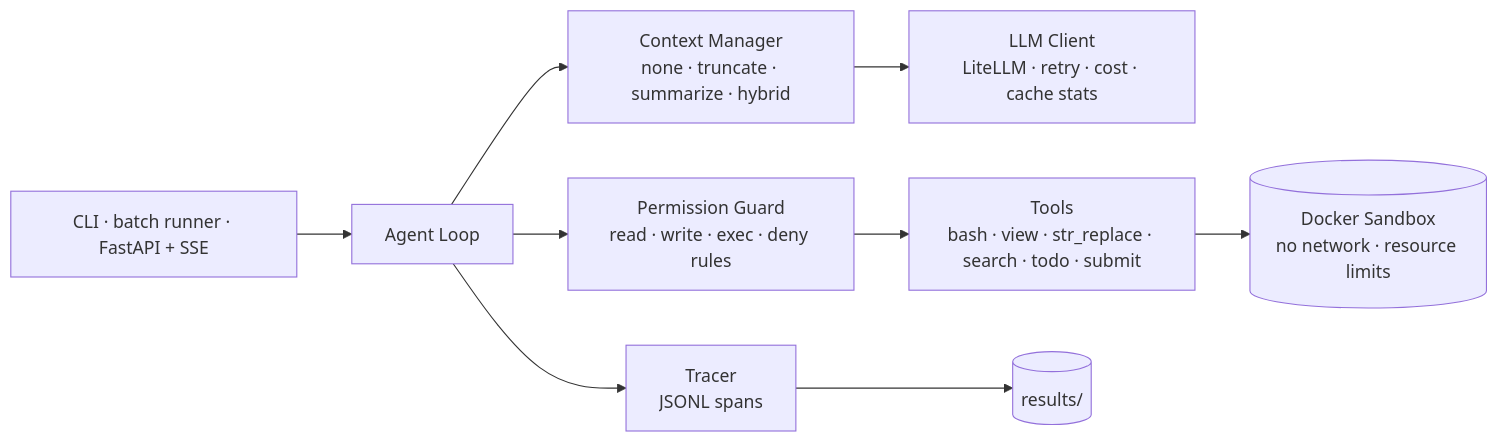
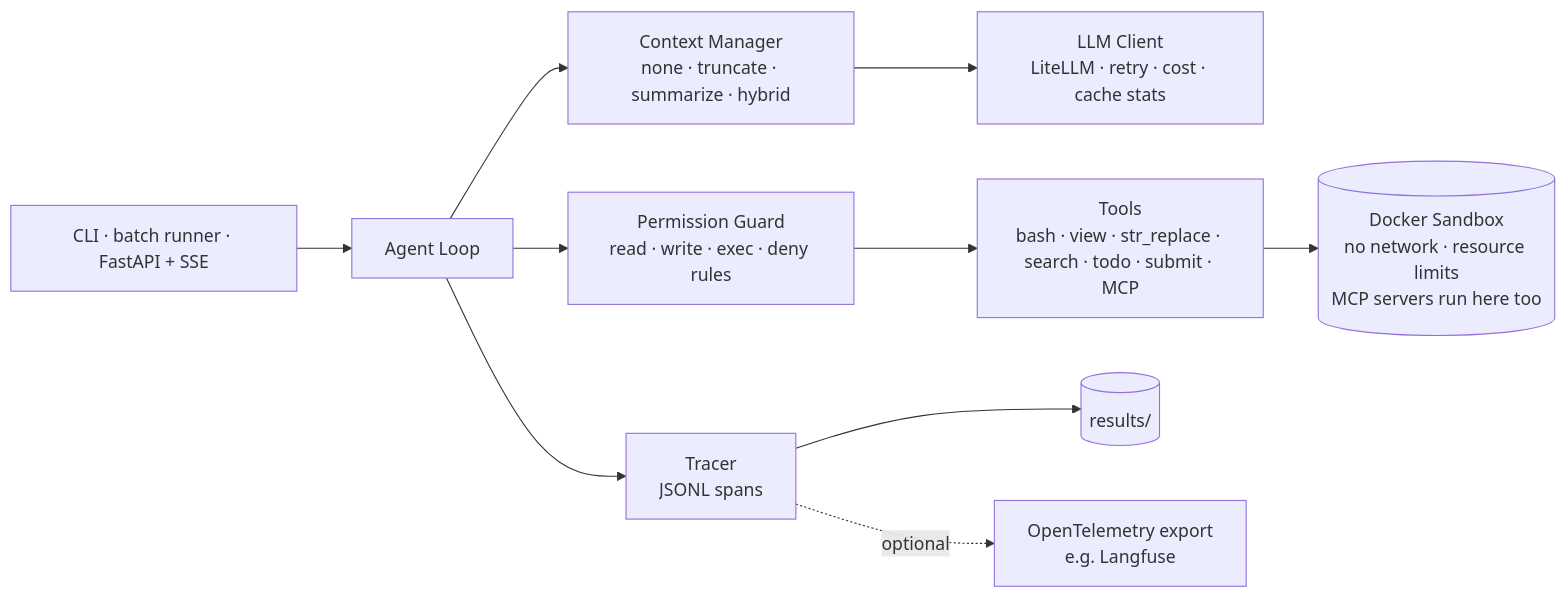
One commit to Yuhehe/harness_demo changed the diagram in README.md. Above: the diagram before and after it, drawn with Mermaid. The commit also changed other lines of this file and 2 other files, not shown here.

First line of the commit message:
docs(readme): Langfuse screenshot, MCP and trace export in the architecture

````diff
--- a/README.md
+++ b/README.md
@@ -33,11 +33,12 @@
 ```mermaid
 flowchart LR
     U[CLI · batch runner · FastAPI + SSE] --> L[Agent Loop]
     L --> CM[Context Manager<br/>none · truncate · summarize · hybrid]
     CM --> LLM[LLM Client<br/>LiteLLM · retry · cost · cache stats]
     L --> G[Permission Guard<br/>read · write · exec · deny rules]
-    G --> T[Tools<br/>bash · view · str_replace · search · todo · submit]
-    T --> S[(Docker Sandbox<br/>no network · resource limits)]
+    G --> T[Tools<br/>bash · view · str_replace · search · todo · submit · MCP]
+    T --> S[(Docker Sandbox<br/>no network · resource limits<br/>MCP servers run here too)]
     L --> TR[Tracer<br/>JSONL spans]
     TR --> R[(results/)]
+    TR -.optional.-> OT[OpenTelemetry export<br/>e.g. Langfuse]
 ```
````
